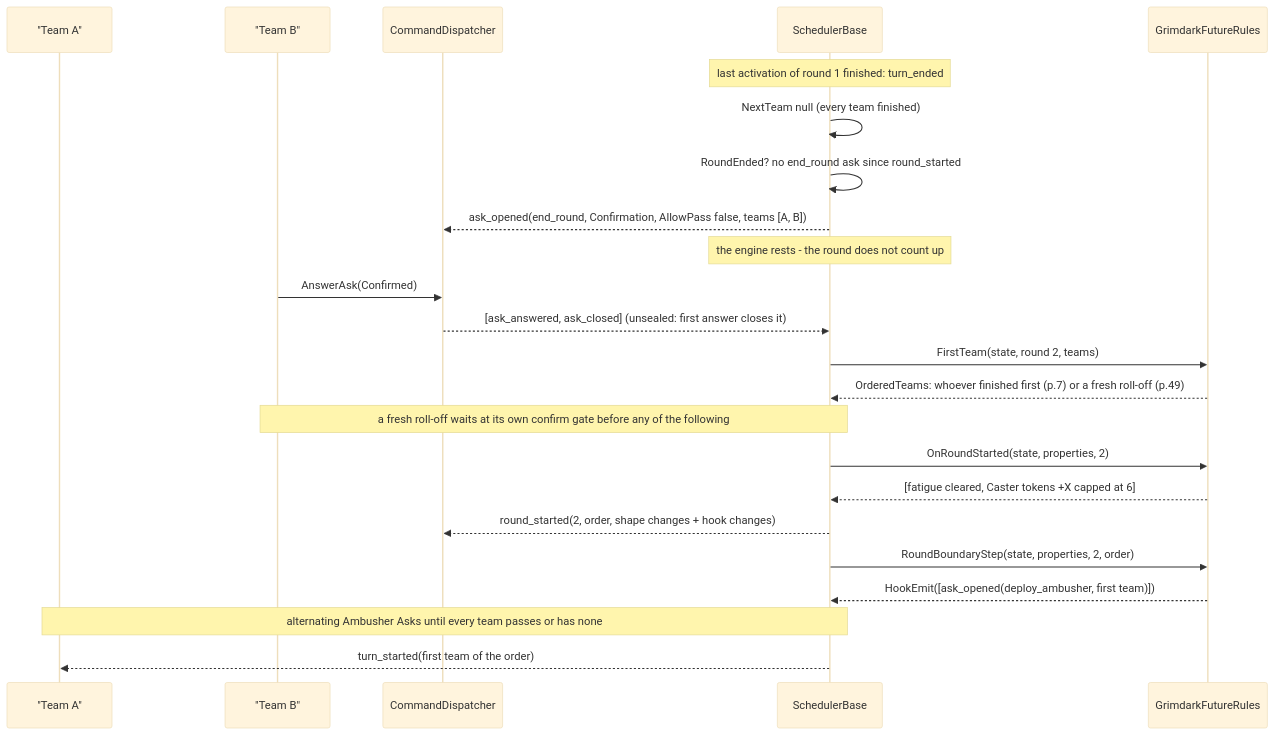
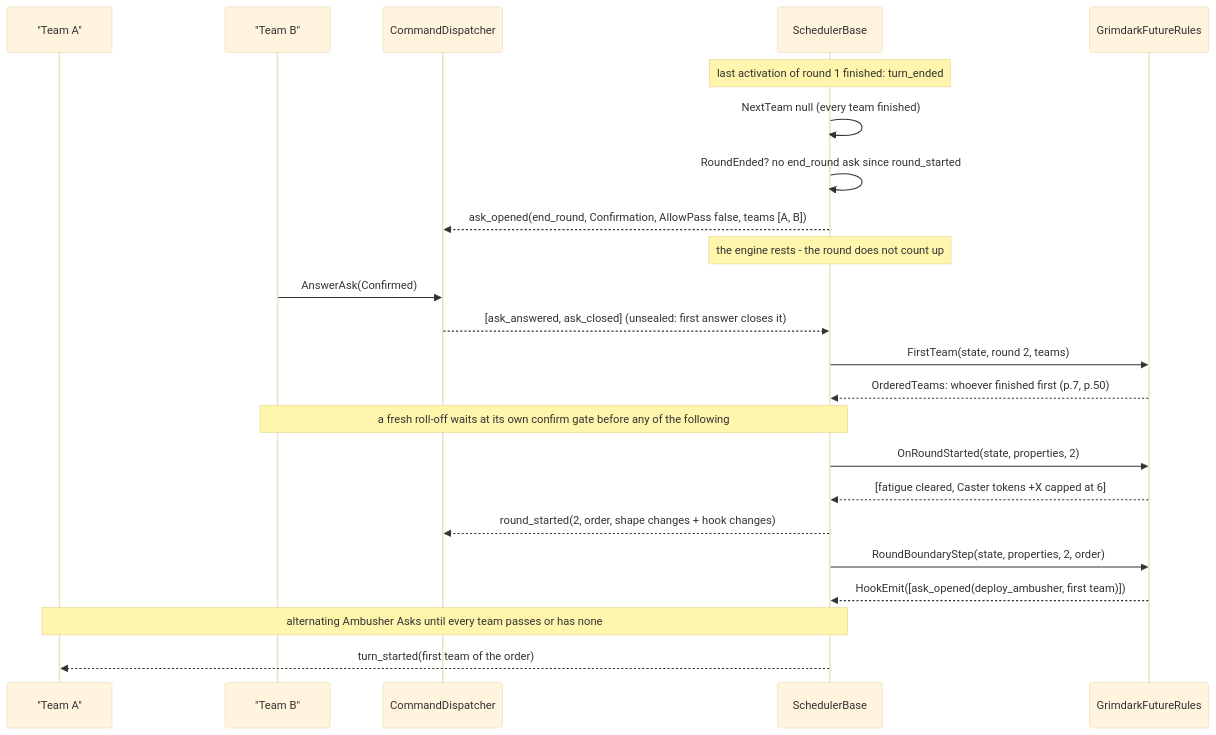
Before and after one commit to cstupi/tabletop: the ninth of 10 diagrams in docs/design/scheduler/design.md, drawn with Mermaid (base theme). The commit also changed other lines of this file and 30 other files, not shown here.

````diff
--- a/docs/design/scheduler/design.md
+++ b/docs/design/scheduler/design.md
@@ -970,26 +975,26 @@
 ```mermaid
 sequenceDiagram
     participant A as "Team A"
     participant B as "Team B"
     participant D as CommandDispatcher
     participant Sc as SchedulerBase
     participant R as GrimdarkFutureRules
 
     Note over Sc: last activation of round 1 finished: turn_ended
     Sc->>Sc: NextTeam null (every team finished)
     Sc->>Sc: RoundEnded? no end_round ask since round_started
     Sc-->>D: ask_opened(end_round, Confirmation, AllowPass false, teams [A, B])
     Note over Sc: the engine rests - the round does not count up
     B->>D: AnswerAsk(Confirmed)
     D-->>Sc: [ask_answered, ask_closed] (unsealed: first answer closes it)
     Sc->>R: FirstTeam(state, round 2, teams)
-    R-->>Sc: OrderedTeams: whoever finished first (p.7) or a fresh roll-off (p.49)
+    R-->>Sc: OrderedTeams: whoever finished first (p.7, p.50)
     Note over Sc,B: a fresh roll-off waits at its own confirm gate before any of the following
     Sc->>R: OnRoundStarted(state, properties, 2)
     R-->>Sc: [fatigue cleared, Caster tokens +X capped at 6]
     Sc-->>D: round_started(2, order, shape changes + hook changes)
     Sc->>R: RoundBoundaryStep(state, properties, 2, order)
     R-->>Sc: HookEmit([ask_opened(deploy_ambusher, first team)])
     Note over Sc,A: alternating Ambusher Asks until every team passes or has none
     Sc-->>A: turn_started(first team of the order)
 ```
````
